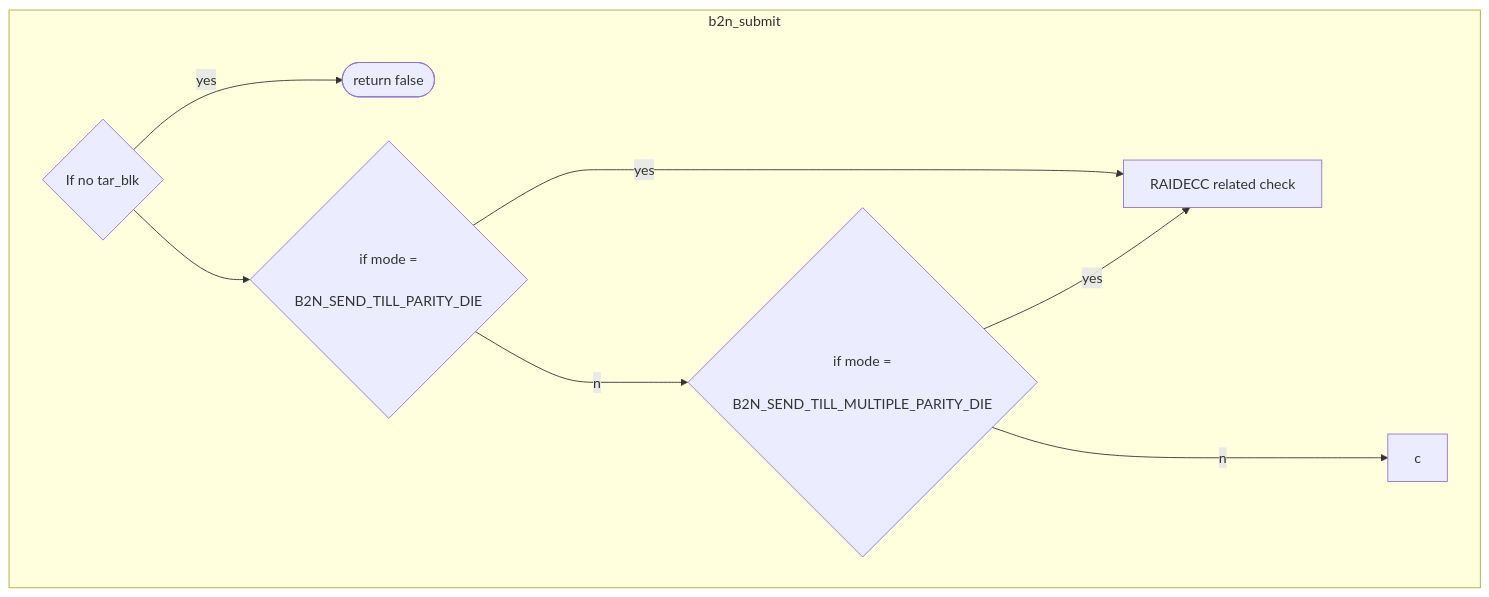
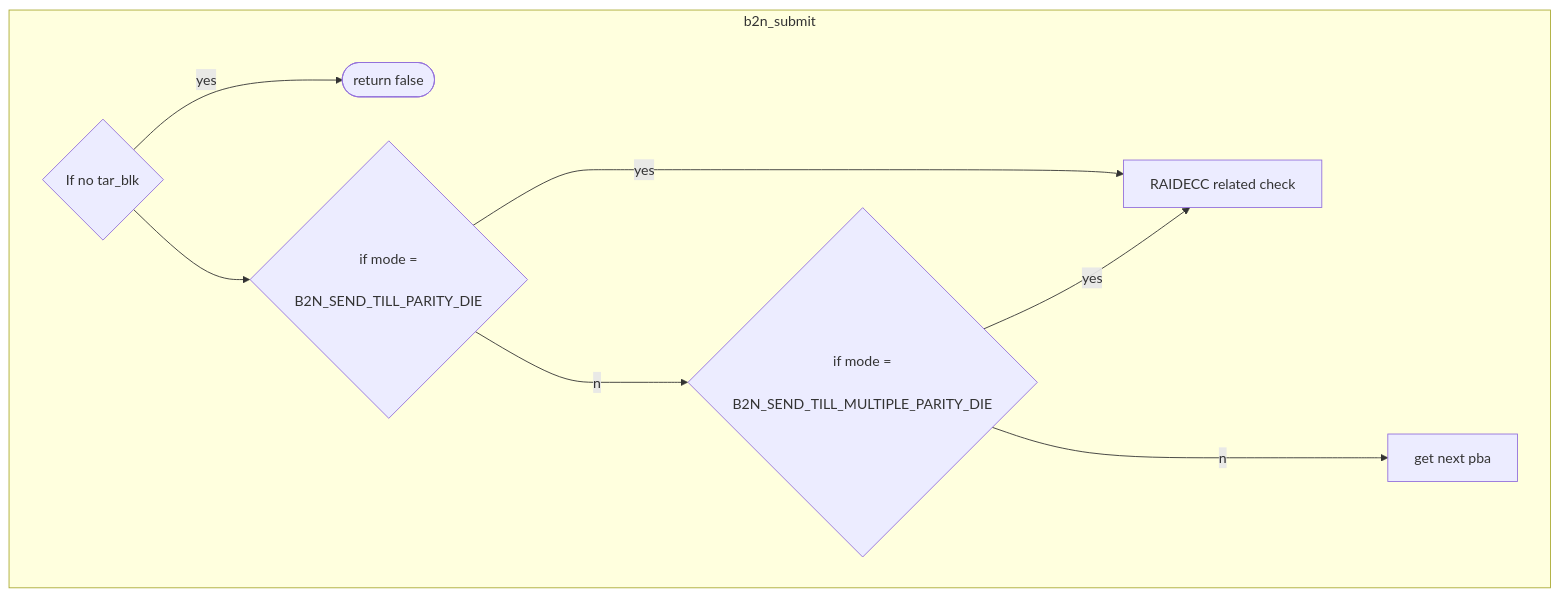
The diagram in all/未命名-2.md (jenny112646/iodraw-files), drawn with Mermaid before and after one commit.

Commit message:
2024-06-07 10:53:00 update

````diff
--- a/all/未命名-2.md
+++ b/all/未命名-2.md
@@ -1,13 +1,13 @@
 ```mermaid
 flowchart TD
 subgraph b2n_submit
     c1{"If no tar_blk"} --yes--> c2([return false])
     c1 --> c3{"if mode =
     B2N_SEND_TILL_PARITY_DIE"}
     c3 --yes--> c4["RAIDECC related check"]
     c3 --no--> c5{"if mode =
     B2N_SEND_TILL_MULTIPLE_PARITY_DIE"}
     c5 --yes--> c4["RAIDECC related check"]
-    c5 --no--> c
+    c5 --no--> c6["get next pba"]
 end
 ```
````
